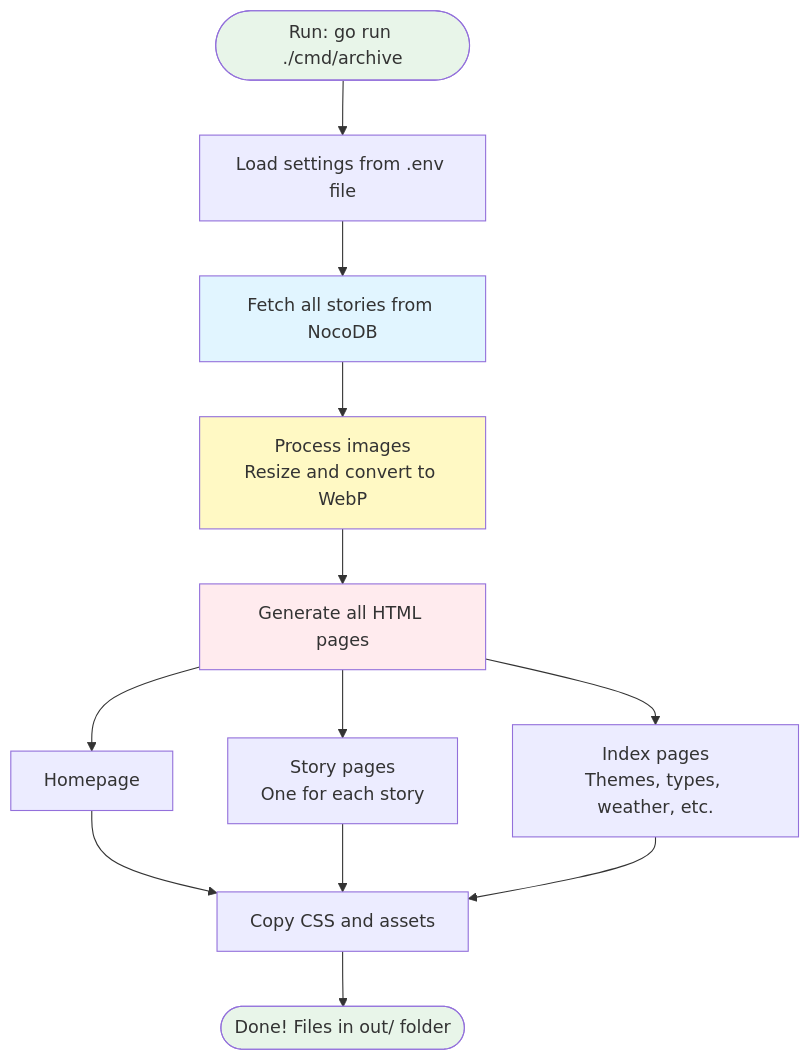
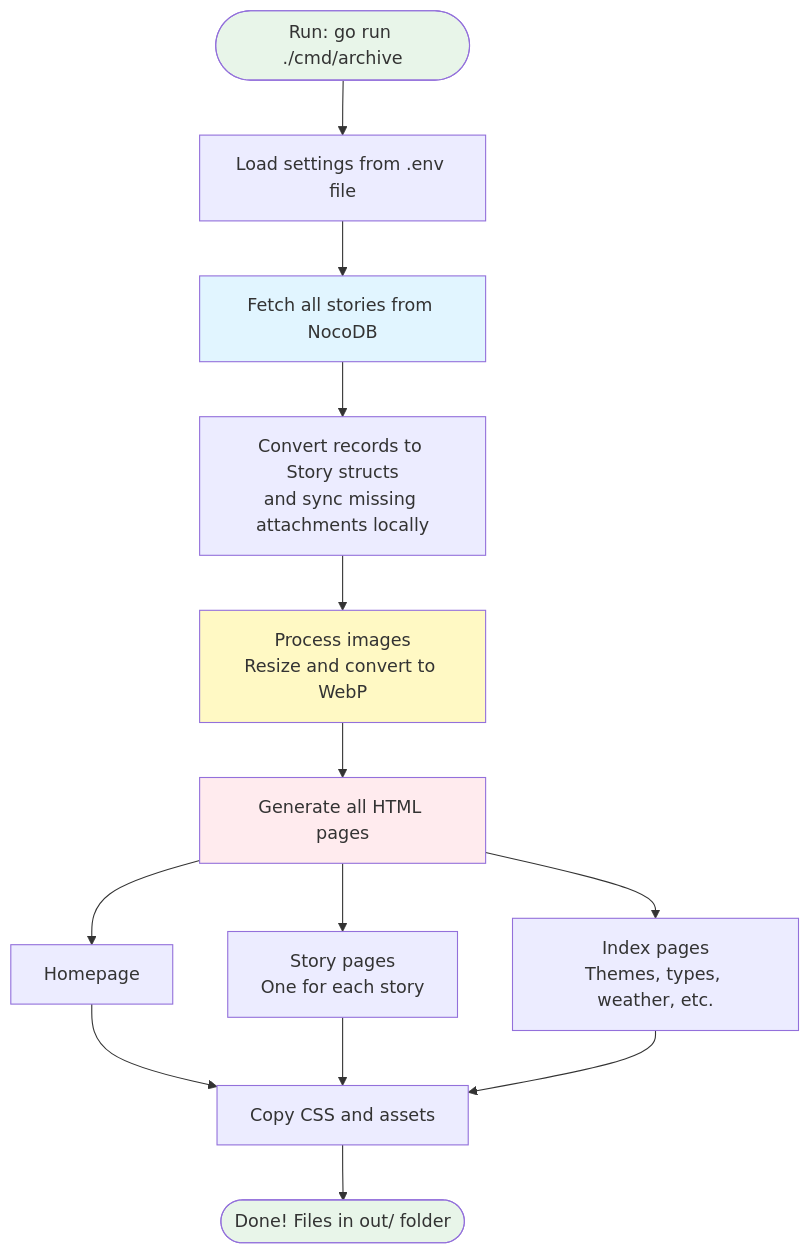
One commit to commonknowledge/community-climate-justice-archive changed the third of 6 diagrams in README.md. Above: the diagram before and after it, drawn with Mermaid. The commit also changed 1 other file, not shown here.

Commit message:
Updating README and logging the files that get synced

````diff
--- a/README.md
+++ b/README.md
@@ -123,23 +123,24 @@
 ```mermaid
 flowchart TD
     Start([Run: go run ./cmd/archive]) --> Config[Load settings from .env file]
     Config --> Fetch[Fetch all stories from NocoDB]
-    Fetch --> Images[Process images<br/>Resize and convert to WebP]
+    Fetch --> Sync[Convert records to Story structs<br/>and sync missing attachments locally]
+    Sync --> Images[Process images<br/>Resize and convert to WebP]
     Images --> Pages[Generate all HTML pages]
     
     Pages --> Home[Homepage]
     Pages --> Stories[Story pages<br/>One for each story]
     Pages --> Index[Index pages<br/>Themes, types, weather, etc.]
     
     Home --> CSS[Copy CSS and assets]
     Stories --> CSS
     Index --> CSS
     
     CSS --> Done([Done! Files in out/ folder])
     
     style Start fill:#e8f5e9
     style Fetch fill:#e1f5ff
     style Images fill:#fff9c4
     style Pages fill:#ffebee
     style Done fill:#e8f5e9
 ```
````
